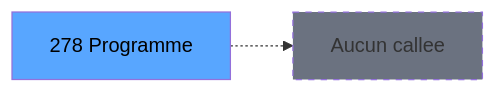
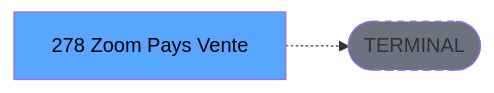
The third of 3 diagrams in .openspec/renders/ADH-IDE-278.md (thonyAGP/lecteur-magic), drawn with Mermaid before and after one commit. The commit also changed other lines of this file and 701 other files, not shown here.

````diff
--- a/.openspec/renders/ADH-IDE-278.md
+++ b/.openspec/renders/ADH-IDE-278.md
@@ -138,8 +134,8 @@
 ```mermaid
 graph LR
-    T[278 Programme]
-    NONE[Aucun callee]
-    T -.-> NONE
+    T[278 Zoom Pays Vente]
+    TERM([TERMINAL])
+    T -.-> TERM
+    style TERM fill:#6b7280,stroke-dasharray: 5 5
     style T fill:#58a6ff,color:#000
-    style NONE fill:#6b7280,stroke-dasharray: 5 5
 ```
````
